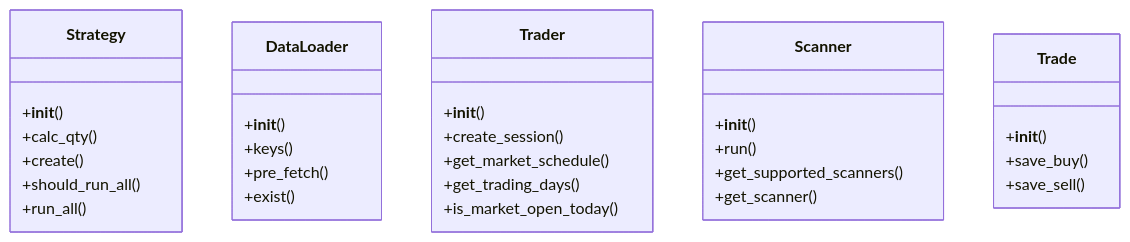
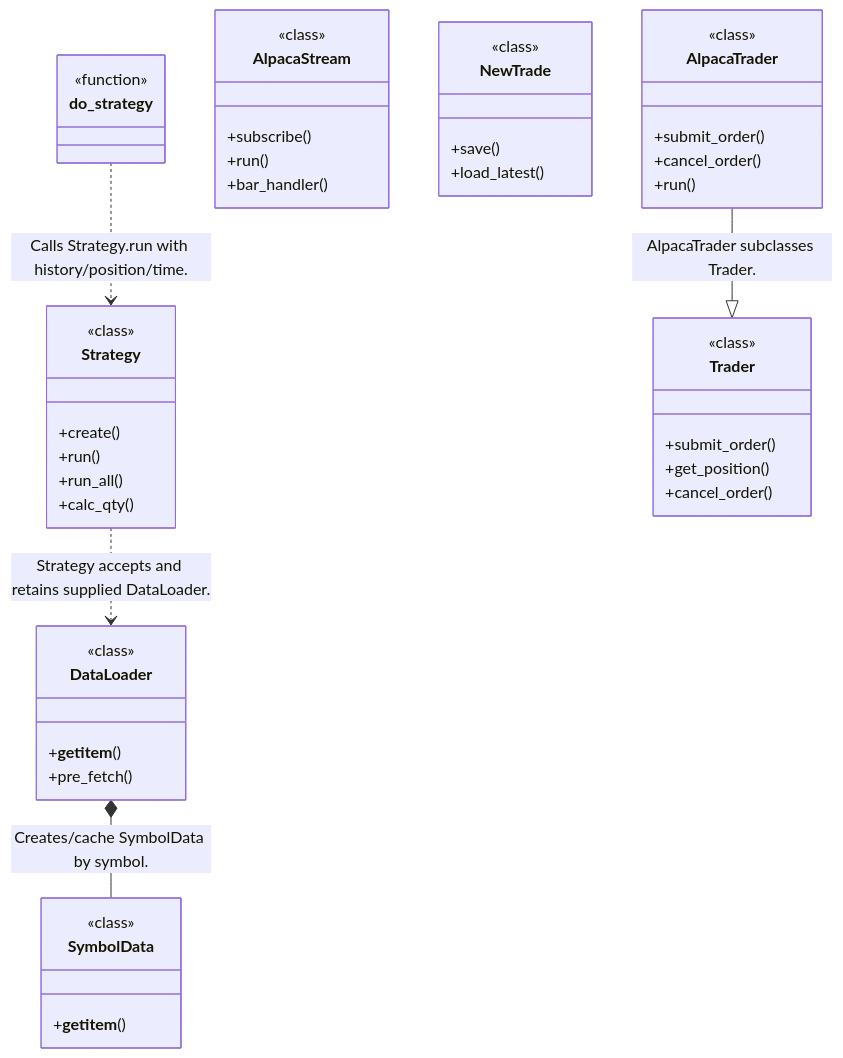
One commit to alexcwyu/LiuAlgoTrader changed the second of 4 diagrams in docs/ayu-develop.md. Above: the diagram before and after it, drawn with Mermaid. The commit also changed other lines of this file and 13 other files, not shown here.

Commit message:
docs: standardize source-reviewed system guides and offline diagrams

````diff
--- a/docs/ayu-develop.md
+++ b/docs/ayu-develop.md
@@ -83,34 +106,49 @@
 ```mermaid
 classDiagram
-    class Strategy {
-        +__init__()
-        +calc_qty()
-        +create()
-        +should_run_all()
-        +run_all()
-    }
-    class DataLoader {
-        +__init__()
-        +keys()
-        +pre_fetch()
-        +exist()
-    }
-    class Trader {
-        +__init__()
-        +create_session()
-        +get_market_schedule()
-        +get_trading_days()
-        +is_market_open_today()
-    }
-    class Scanner {
-        +__init__()
-        +run()
-        +get_supported_scanners()
-        +get_scanner()
-    }
-    class Trade {
-        +__init__()
-        +save_buy()
-        +save_sell()
-    }
+  class N0["Strategy"] {
+    <<class>>
+    +create()
+    +run()
+    +run_all()
+    +calc_qty()
+  }
+  class N1["Trader"] {
+    <<class>>
+    +submit_order()
+    +get_position()
+    +cancel_order()
+  }
+  class N2["AlpacaTrader"] {
+    <<class>>
+    +submit_order()
+    +cancel_order()
+    +run()
+  }
+  class N3["DataLoader"] {
+    <<class>>
+    +__getitem__()
+    +pre_fetch()
+  }
+  class N4["SymbolData"] {
+    <<class>>
+    +__getitem__()
+  }
+  class N5["AlpacaStream"] {
+    <<class>>
+    +subscribe()
+    +run()
+    +bar_handler()
+  }
+  class N6["NewTrade"] {
+    <<class>>
+    +save()
+    +load_latest()
+  }
+  class N7["do_strategy"] {
+    <<function>>
+  }
+  N2 --|> N1 : AlpacaTrader subclasses Trader.
+  N3 *-- N4 : Creates/cache SymbolData by symbol.
+  N7 ..> N0 : Calls Strategy.run with history/position/time.
+  N0 ..> N3 : Strategy accepts and retains supplied DataLoader.
 ```
````
